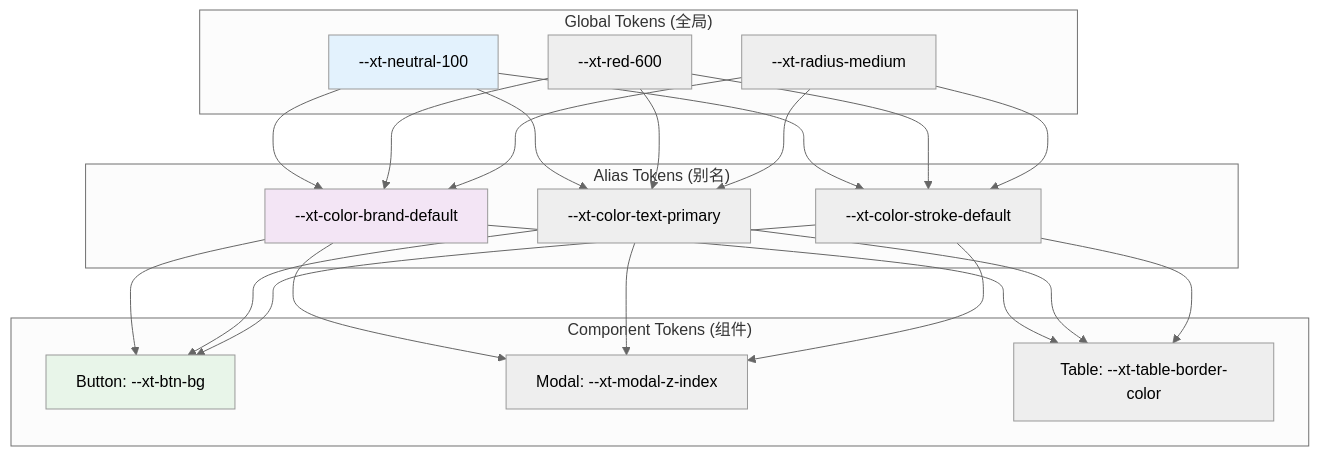
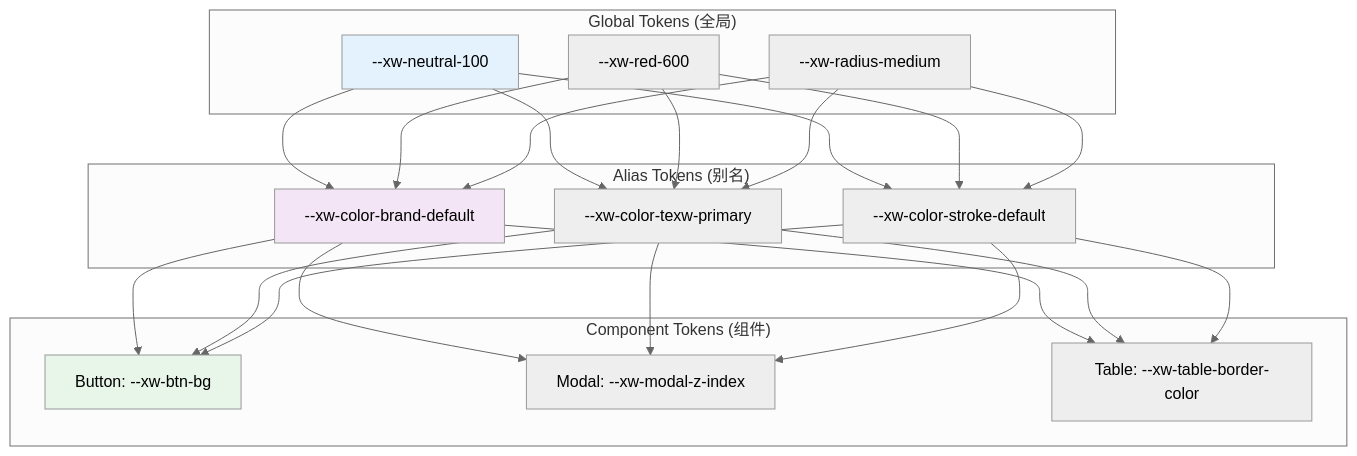
One commit to Sewar-x/myblog changed the fifth of 9 diagrams in docs/article/前端组件化/从零到一搭建基础组件库.md. Above: the diagram before and after it, drawn with Mermaid (neutral theme). The commit also changed other lines of this file and 3 other files, not shown here.

````diff
--- a/docs/article/前端组件化/从零到一搭建基础组件库.md
+++ b/docs/article/前端组件化/从零到一搭建基础组件库.md
@@ -777,27 +777,27 @@
 ```mermaid
 graph TB
     subgraph "Global Tokens (全局)"
-        A1[--xt-neutral-100]
-        A2[--xt-red-600]
-        A3[--xt-radius-medium]
+        A1[--xw-neutral-100]
+        A2[--xw-red-600]
+        A3[--xw-radius-medium]
     end
     
     subgraph "Alias Tokens (别名)"
-        B1[--xt-color-brand-default]
-        B2[--xt-color-text-primary]
-        B3[--xt-color-stroke-default]
+        B1[--xw-color-brand-default]
+        B2[--xw-color-texw-primary]
+        B3[--xw-color-stroke-default]
     end
     
     subgraph "Component Tokens (组件)"
-        C1[Button: --xt-btn-bg]
-        C2[Modal: --xt-modal-z-index]
-        C3[Table: --xt-table-border-color]
+        C1[Button: --xw-btn-bg]
+        C2[Modal: --xw-modal-z-index]
+        C3[Table: --xw-table-border-color]
     end
     
     A1 & A2 & A3 --> B1 & B2 & B3
     B1 & B2 & B3 --> C1 & C2 & C3
     
     style A1 fill:#e3f2fd
     style B1 fill:#f3e5f5
     style C1 fill:#e8f5e9
 ```
````
